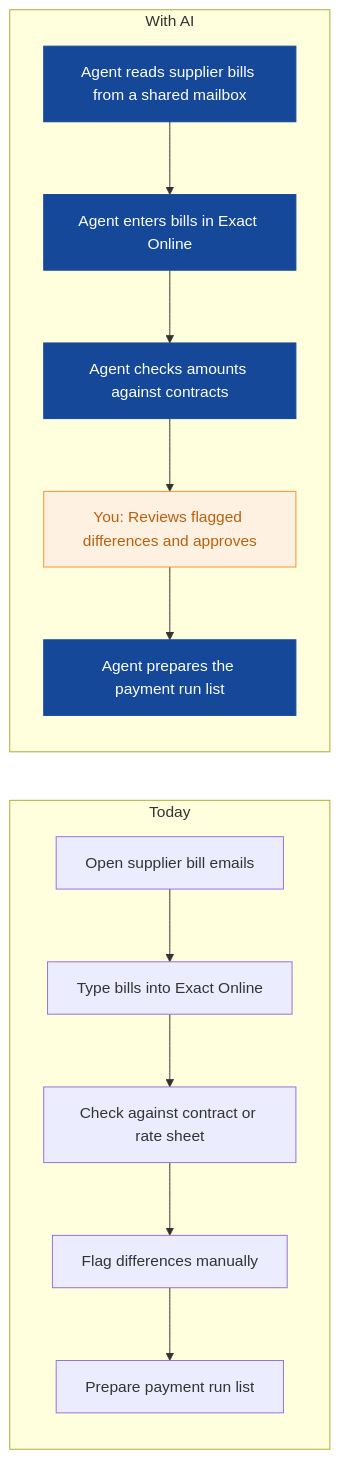
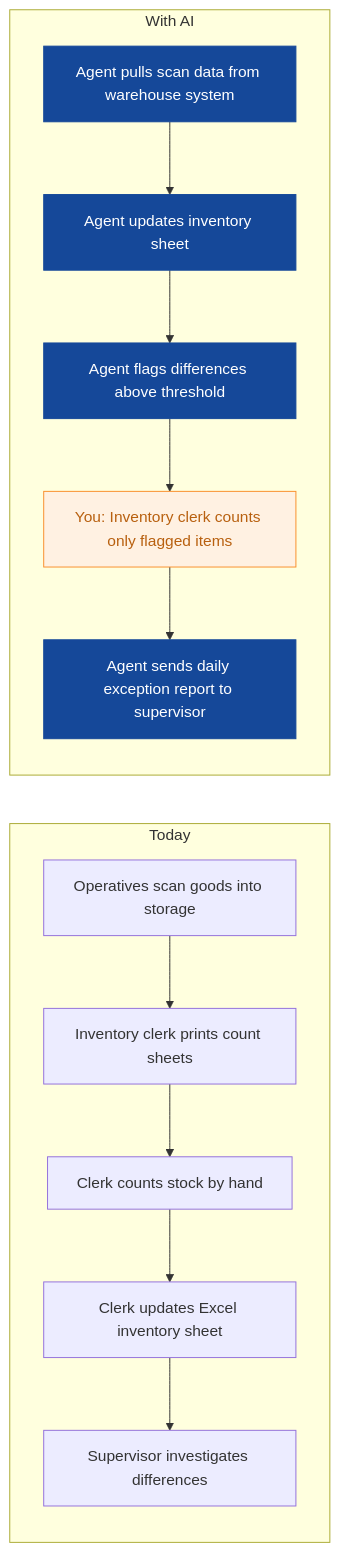
One commit to nexibeo/Complete-AI-Strategy changed the eighth of 9 diagrams in strategies/harborline-freight.md. Above: the diagram before and after it, drawn with Mermaid. The commit also changed other lines of this file and 26 other files, not shown here.

````diff
--- a/strategies/harborline-freight.md
+++ b/strategies/harborline-freight.md
@@ -222,23 +256,23 @@
 ```mermaid
 flowchart LR
   subgraph Today
-    B0["Open supplier bill emails"]
-    B1["Type bills into Exact Online"]
-    B2["Check against contract or rate sheet"]
-    B3["Flag differences manually"]
-    B4["Prepare payment run list"]
+    B0["Operatives scan goods into storage"]
+    B1["Inventory clerk prints count sheets"]
+    B2["Clerk counts stock by hand"]
+    B3["Clerk updates Excel inventory sheet"]
+    B4["Supervisor investigates differences"]
     B0 --> B1 --> B2 --> B3 --> B4
   end
   subgraph WithAI[With AI]
-    A0["Agent reads supplier bills from a shared mailbox"]
-    A1["Agent enters bills in Exact Online"]
-    A2["Agent checks amounts against contracts"]
-    A3["You: Reviews flagged differences and approves"]
-    A4["Agent prepares the payment run list"]
+    A0["Agent pulls scan data from warehouse system"]
+    A1["Agent updates inventory sheet"]
+    A2["Agent flags differences above threshold"]
+    A3["You: Inventory clerk counts only flagged items"]
+    A4["Agent sends daily exception report to supervisor"]
     A0 --> A1 --> A2 --> A3 --> A4
   end
   classDef ai fill:#154899,color:#fff,stroke:#154899
   classDef human fill:#FFF1E2,color:#B8600F,stroke:#F98F2C
   class A0,A1,A2,A4 ai
   class A3 human
 ```
````
